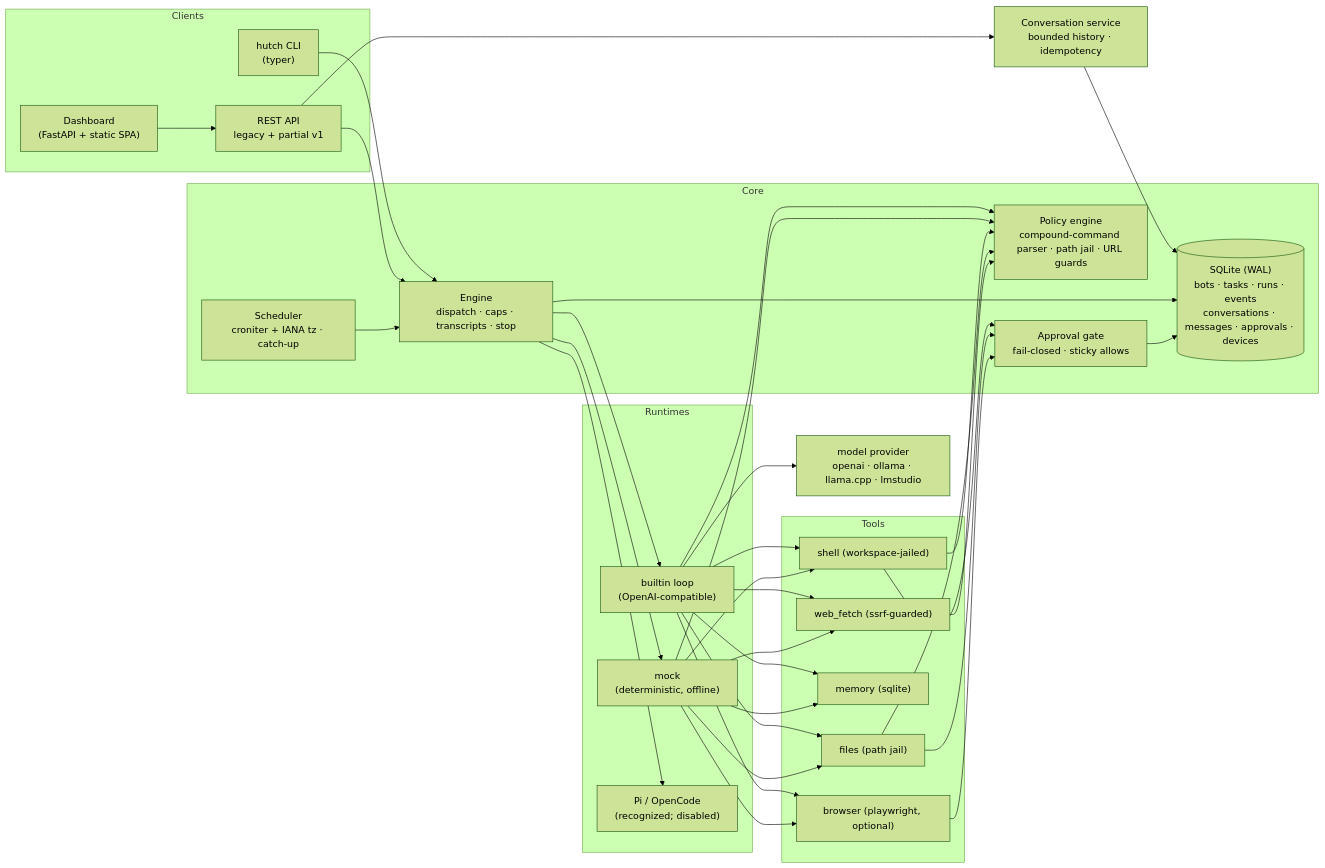
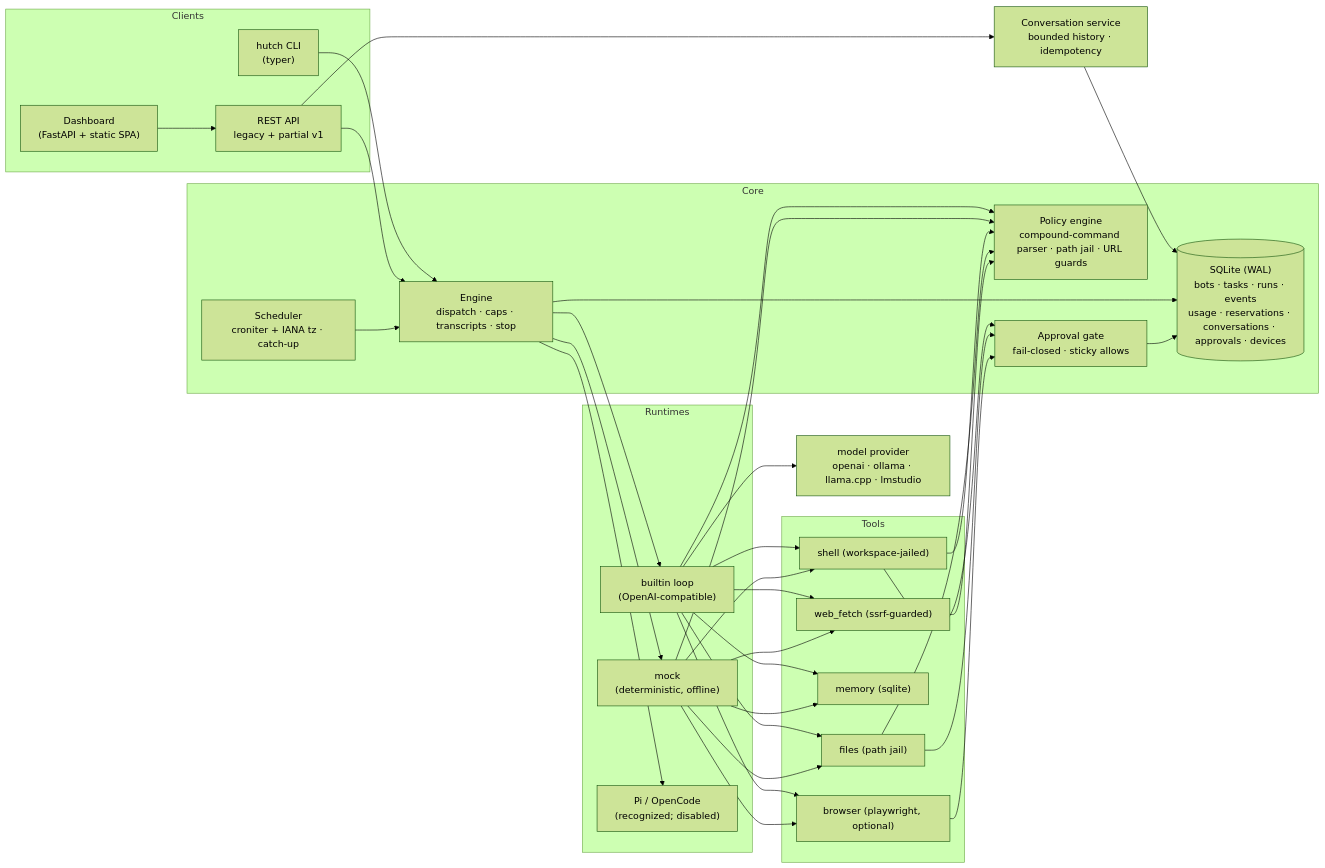
Before and after one commit to K-Arthur/hutch: the diagram in docs/architecture.md, drawn with Mermaid (forest theme). The commit also changed other lines of this file and 69 other files, not shown here.

````diff
--- a/docs/architecture.md
+++ b/docs/architecture.md
@@ -9,45 +9,45 @@
 ```mermaid
 flowchart LR
   subgraph Clients
     CLI["hutch CLI<br/>(typer)"]
     UI["Dashboard<br/>(FastAPI + static SPA)"]
     API["REST API<br/>legacy + partial v1"]
   end
 
   subgraph Core
     ENG["Engine<br/>dispatch · caps · transcripts · stop"]
     SCH["Scheduler<br/>croniter + IANA tz · catch-up"]
-    SCHED_STORE[("SQLite (WAL)<br/>bots · tasks · runs · events<br/>conversations · messages · approvals · devices")]
+    SCHED_STORE[("SQLite (WAL)<br/>bots · tasks · runs · events<br/>usage · reservations · conversations · approvals · devices")]
     POL["Policy engine<br/>compound-command parser · path jail · URL guards"]
     GATE["Approval gate<br/>fail-closed · sticky allows"]
   end
 
   subgraph Runtimes
     BUILTIN["builtin loop<br/>(OpenAI-compatible)"]
     MOCK["mock<br/>(deterministic, offline)"]
     EXT["Pi / OpenCode<br/>(recognized; disabled)"]
   end
 
   subgraph Tools
     SH["shell (workspace-jailed)"]
     FI["files (path jail)"]
     ME["memory (sqlite)"]
     WF["web_fetch (ssrf-guarded)"]
     BR["browser (playwright, optional)"]
   end
 
   CLI --> ENG
   UI --> API
   API --> ENG
   API --> CONV["Conversation service<br/>bounded history · idempotency"]
   CONV --> SCHED_STORE
   SCH --> ENG
   ENG --> SCHED_STORE
   ENG --> BUILTIN & MOCK & EXT
   BUILTIN & MOCK --> POL
   BUILTIN & MOCK --> SH & FI & ME & WF & BR
   SH & FI & WF --> POL
   SH & FI & BR --> GATE
   GATE --> SCHED_STORE
   BUILTIN --> LLM["model provider<br/>openai · ollama · llama.cpp · lmstudio"]
 ```
````
